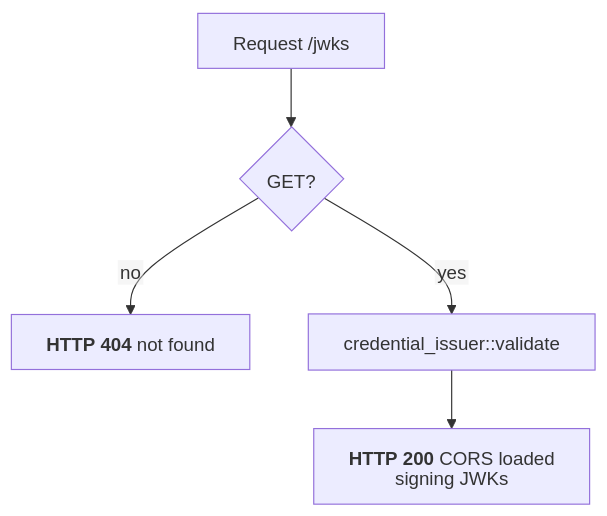
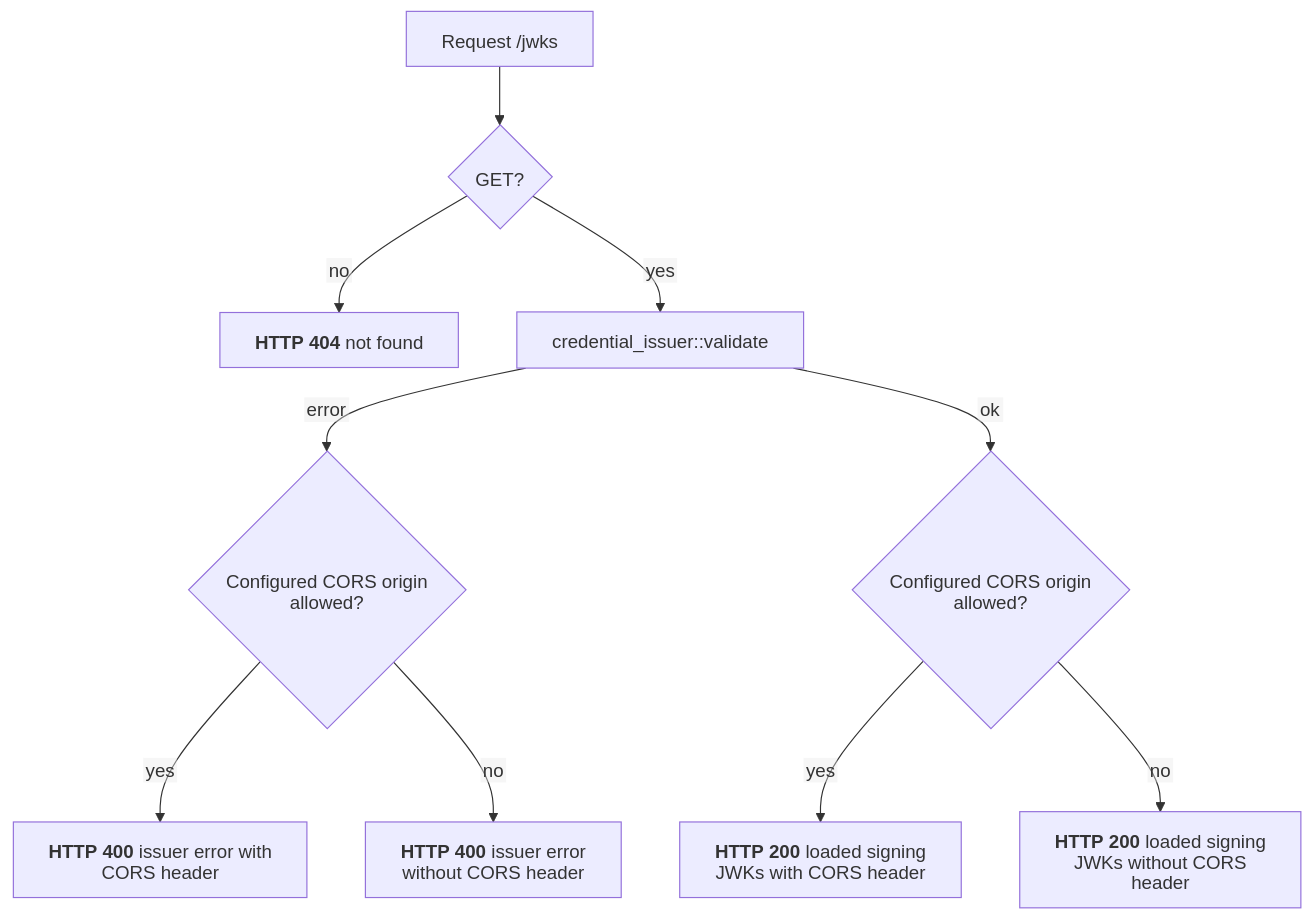
The diagram in docs/flows/openid4vci/jwks_endpoint.mmd (malach-it/kagome), drawn with Mermaid before and after one commit. The commit also changed 25 other files, not shown here.

```diff
--- a/docs/flows/openid4vci/jwks_endpoint.mmd
+++ b/docs/flows/openid4vci/jwks_endpoint.mmd
@@ -1,6 +1,11 @@
 %%{init: {"htmlLabels": false, "flowchart": {"htmlLabels": false}}}%%
 flowchart TD
     start[Request /jwks] --> method{GET?}
     method -- no --> not_found["`**HTTP 404** not found`"]
     method -- yes --> issuer["credential_issuer::validate"]
-    issuer --> success["`**HTTP 200** CORS loaded signing JWKs`"]
+    issuer -- error --> error_origin{Configured CORS origin allowed?}
+    issuer -- ok --> success_origin{Configured CORS origin allowed?}
+    error_origin -- yes --> cors_error["`**HTTP 400** issuer error with CORS header`"]
+    error_origin -- no --> error["`**HTTP 400** issuer error without CORS header`"]
+    success_origin -- yes --> cors_success["`**HTTP 200** loaded signing JWKs with CORS header`"]
+    success_origin -- no --> success["`**HTTP 200** loaded signing JWKs without CORS header`"]
```
